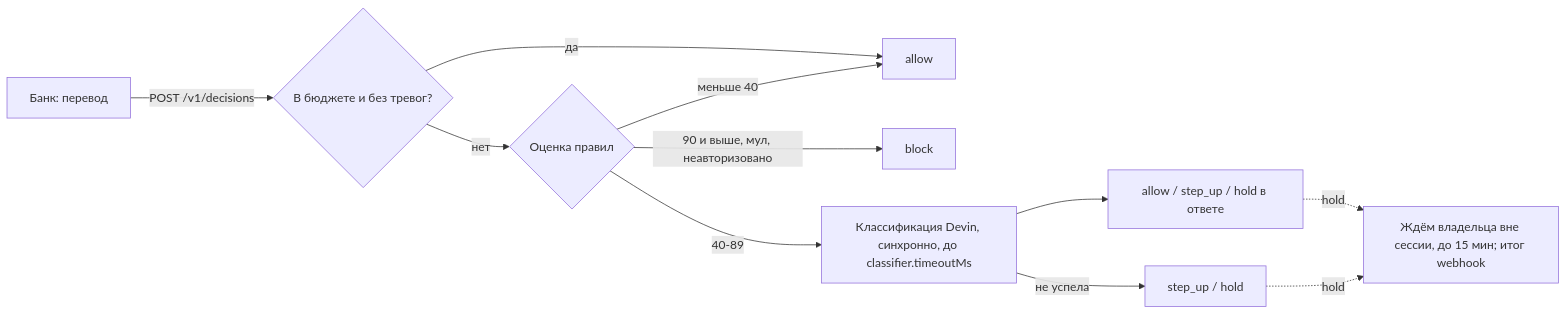
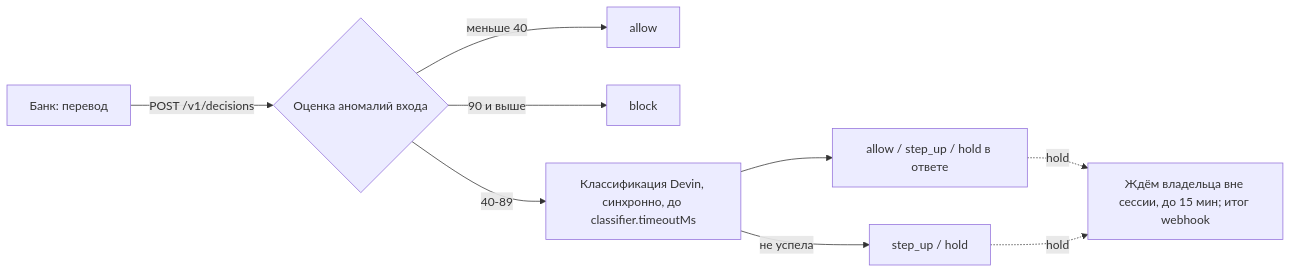
One commit to hackaton201126/nightwatch changed the diagram in docs/plan.md. Above: the diagram before and after it, drawn with Mermaid. The commit also changed other lines of this file and 1 other file, not shown here.

````diff
--- a/docs/plan.md
+++ b/docs/plan.md
@@ -13,13 +13,11 @@
 ```mermaid
 flowchart LR
-  bank[Банк: перевод] -->|POST /v1/decisions| budget{В бюджете и без тревог?}
-  budget -->|да| allow[allow]
-  budget -->|нет| score{Оценка правил}
-  score -->|меньше 40| allow
-  score -->|90 и выше, мул, неавторизовано| block[block]
+  bank[Банк: перевод] -->|POST /v1/decisions| score{Оценка аномалий входа}
+  score -->|меньше 40| allow[allow]
+  score -->|90 и выше| block[block]
   score -->|40-89| llm[Классификация Devin, синхронно, до classifier.timeoutMs]
   llm --> answer[allow / step_up / hold в ответе]
   llm -->|не успела| fallback[step_up / hold]
   answer -.->|hold| owner[Ждём владельца вне сессии, до 15 мин; итог webhook]
   fallback -.->|hold| owner
 ```
````
